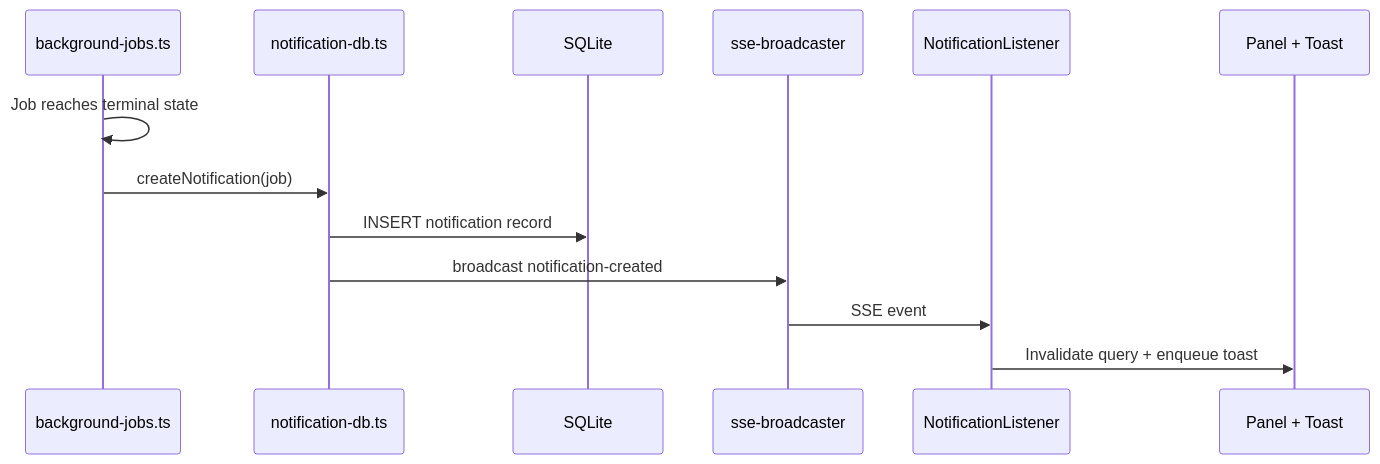
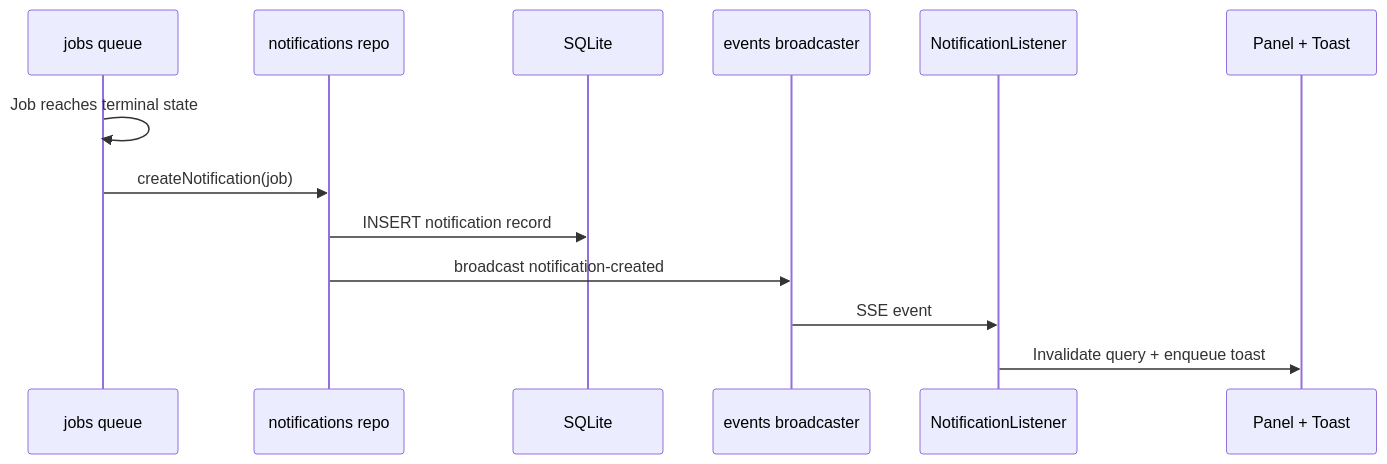
The second of 6 diagrams in .kiro/specs/notifications/design.md (amhuppert/remote-ai-manager), drawn with Mermaid before and after one commit. The commit also changed other lines of this file and 34 other files, not shown here.

````diff
--- a/.kiro/specs/notifications/design.md
+++ b/.kiro/specs/notifications/design.md
@@ -83,16 +136,16 @@
 ```mermaid
 sequenceDiagram
-    participant BJ as background-jobs.ts
-    participant NDB as notification-db.ts
+    participant BJ as jobs queue
+    participant NDB as notifications repo
     participant DB as SQLite
-    participant SSE as sse-broadcaster
+    participant SSE as events broadcaster
     participant Client as NotificationListener
     participant UI as Panel + Toast
 
     BJ->>BJ: Job reaches terminal state
     BJ->>NDB: createNotification(job)
     NDB->>DB: INSERT notification record
     NDB->>SSE: broadcast notification-created
     SSE->>Client: SSE event
     Client->>UI: Invalidate query + enqueue toast
 ```
````
